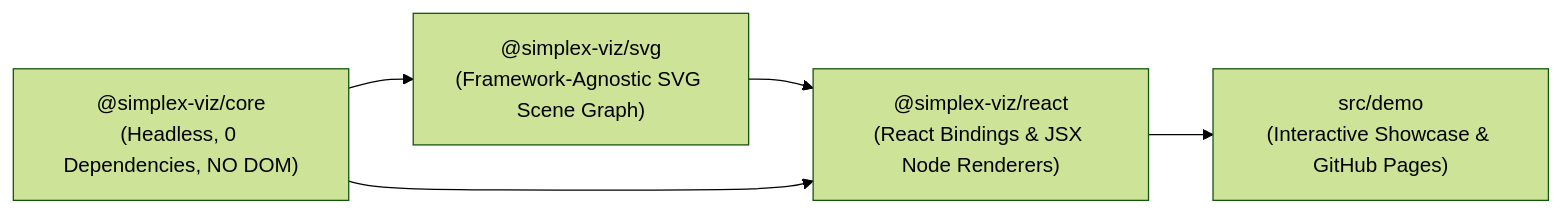
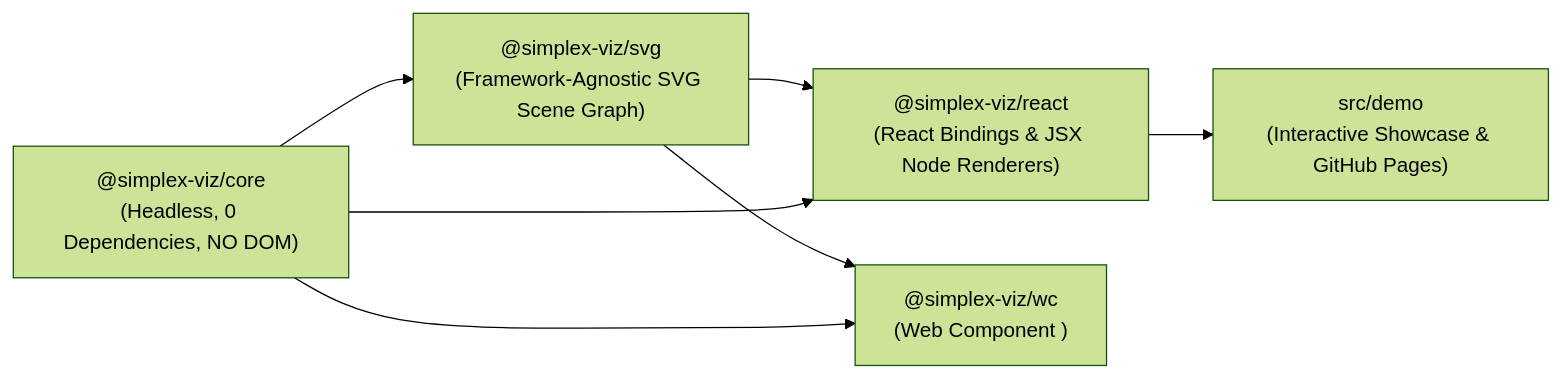
Before and after one commit to ghackenberg/simplex-viz: the diagram in README.md, drawn with Mermaid (forest theme). The commit also changed other lines of this file and 28 other files, not shown here.

````diff
--- a/README.md
+++ b/README.md
@@ -49,7 +49,9 @@
 ```mermaid
 flowchart LR
   Core["@simplex-viz/core\n(Headless, 0 Dependencies, NO DOM)"] --> Svg["@simplex-viz/svg\n(Framework-Agnostic SVG Scene Graph)"]
   Svg --> React["@simplex-viz/react\n(React Bindings & JSX Node Renderers)"]
   Core --> React
+  Svg --> Wc["@simplex-viz/wc\n(Web Component <simplex-topic-graph>)"]
+  Core --> Wc
   React --> Demo["src/demo\n(Interactive Showcase & GitHub Pages)"]
 ```
````
